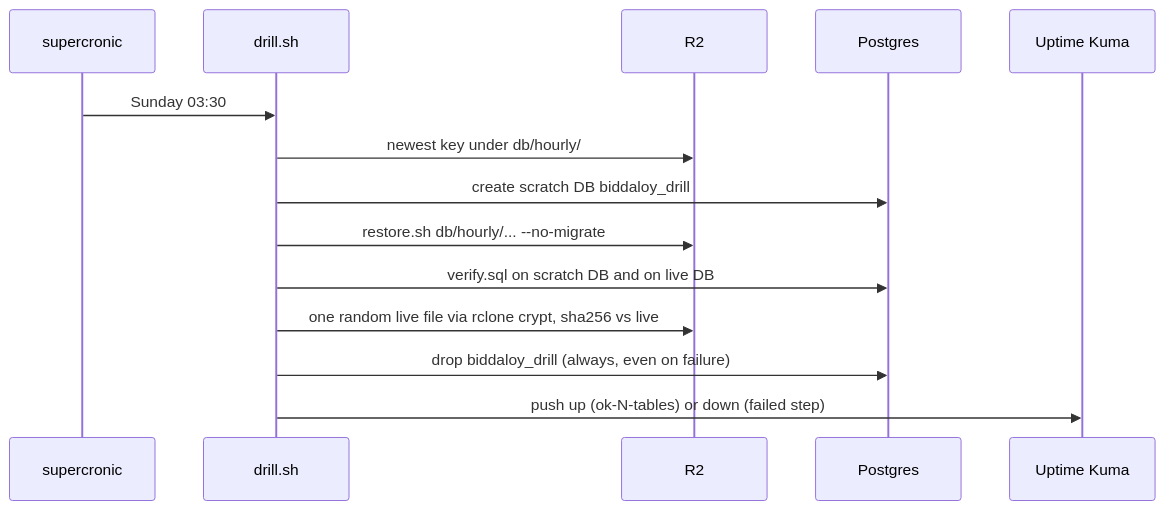
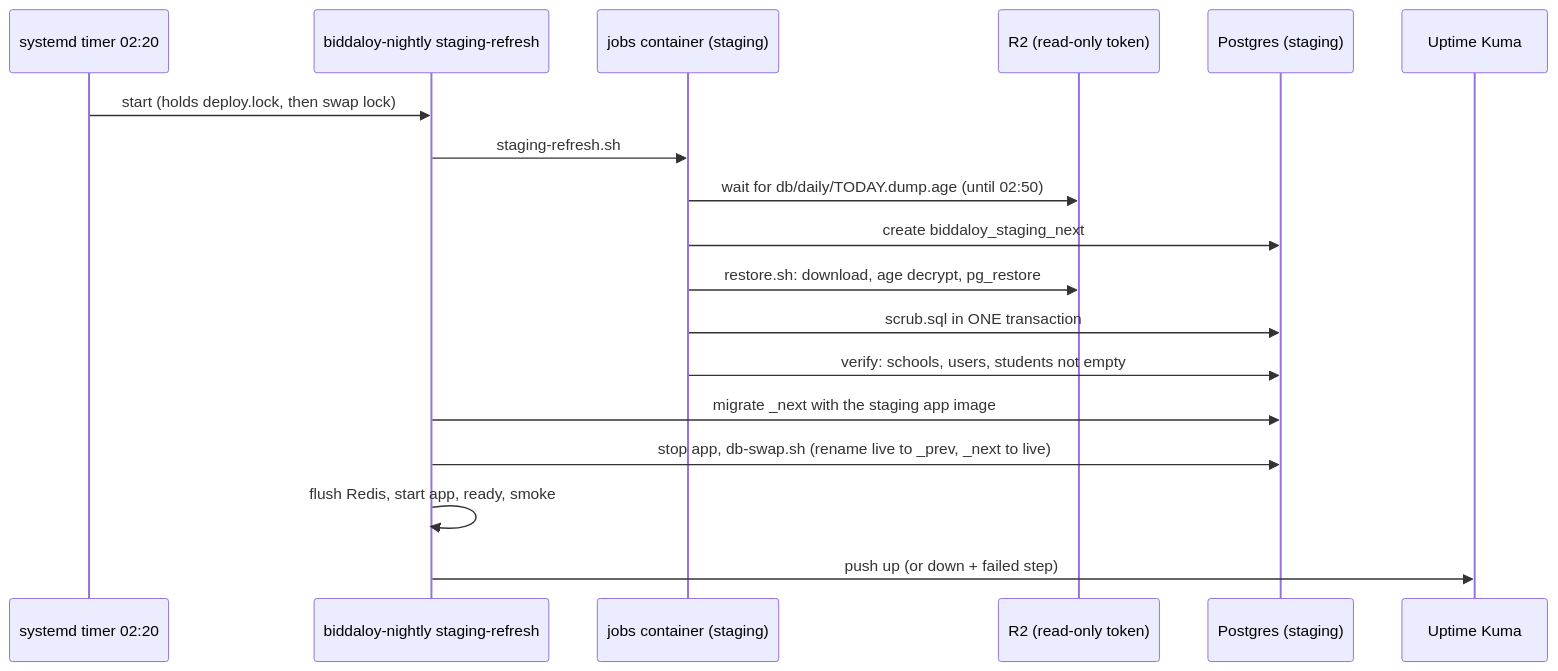
Before and after one commit to tareq89/biddaloy: the third of 6 diagrams in docs/architecture/13-backup-restore.md, drawn with Mermaid. The commit also changed other lines of this file and 9 other files, not shown here.

First line of the commit message:
docs(deploy): rewrite deployment, operations, backup and Cloudflare docs for the one-VM setup (#2805)

````diff
--- a/docs/architecture/13-backup-restore.md
+++ b/docs/architecture/13-backup-restore.md
@@ -225,16 +112,20 @@
 ```mermaid
 sequenceDiagram
-    participant C as supercronic
-    participant D as drill.sh
-    participant R as R2
-    participant P as Postgres
-    participant K as Uptime Kuma
-    C->>D: Sunday 03:30
-    D->>R: newest key under db/hourly/
-    D->>P: create scratch DB biddaloy_drill
-    D->>R: restore.sh db/hourly/... --no-migrate
-    D->>P: verify.sql on scratch DB and on live DB
-    D->>R: one random live file via rclone crypt, sha256 vs live
-    D->>P: drop biddaloy_drill (always, even on failure)
-    D->>K: push up (ok-N-tables) or down (failed step)
+  participant T as systemd timer 02:20
+  participant N as biddaloy-nightly staging-refresh
+  participant J as jobs container (staging)
+  participant R as R2 (read-only token)
+  participant P as Postgres (staging)
+  participant K as Uptime Kuma
+  T->>N: start (holds deploy.lock, then swap lock)
+  N->>J: staging-refresh.sh
+  J->>R: wait for db/daily/TODAY.dump.age (until 02:50)
+  J->>P: create biddaloy_staging_next
+  J->>R: restore.sh: download, age decrypt, pg_restore
+  J->>P: scrub.sql in ONE transaction
+  J->>P: verify: schools, users, students not empty
+  N->>P: migrate _next with the staging app image
+  N->>P: stop app, db-swap.sh (rename live to _prev, _next to live)
+  N->>N: flush Redis, start app, ready, smoke
+  N->>K: push up (or down + failed step)
 ```
````
